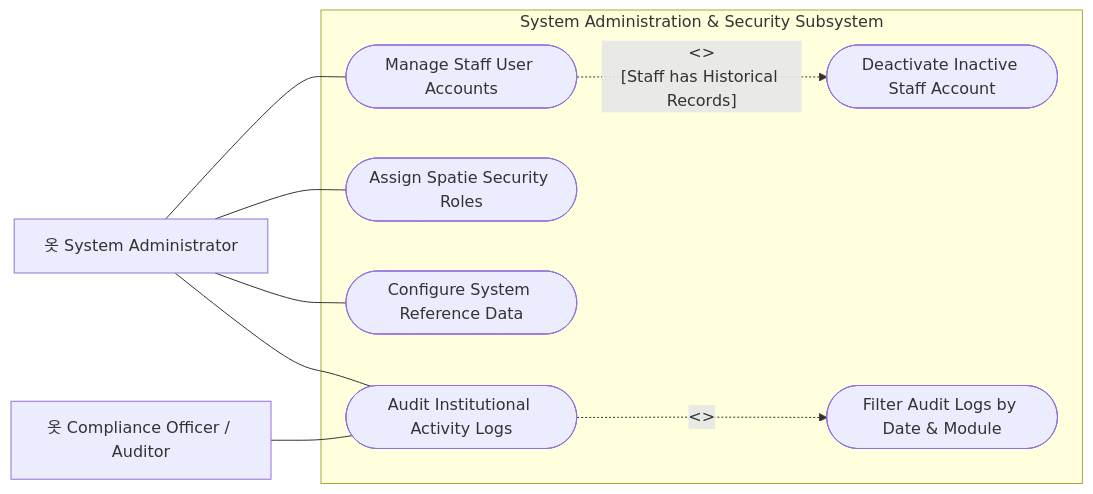
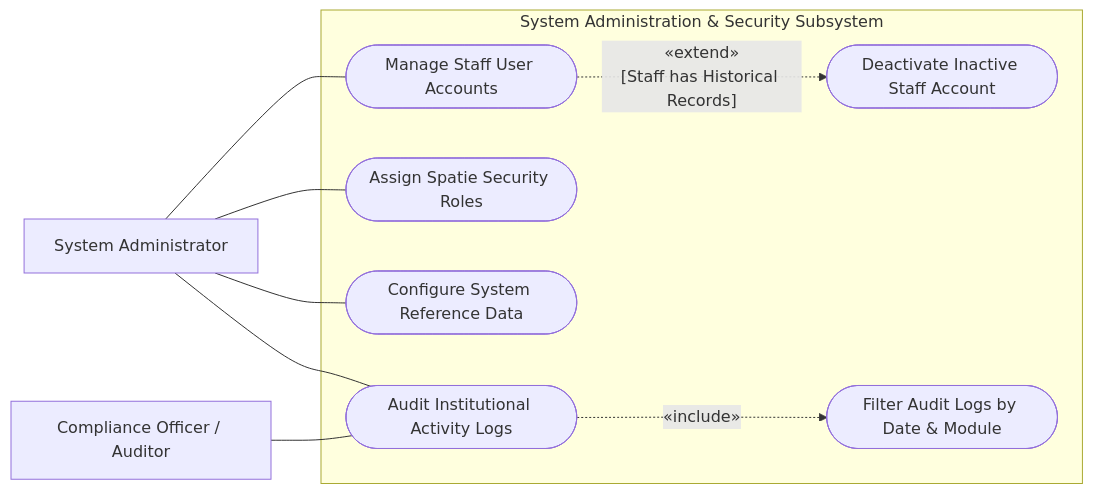
Before and after one commit to kirbygeagonia-create/EnrollmentManagementSystem: diagram 17 of 17 in Documentation/Use-Case-Diagram-Guide.md, drawn with Mermaid. The commit also changed other lines of this file and 51 other files, not shown here.

````diff
--- a/Documentation/Use-Case-Diagram-Guide.md
+++ b/Documentation/Use-Case-Diagram-Guide.md
@@ -782,24 +784,24 @@
 ```mermaid
 flowchart LR
-    A_Sys["옷 System Administrator"]
-    A_Aud["옷 Compliance Officer / Auditor"]
+    A_Sys["System Administrator"]
+    A_Aud["Compliance Officer / Auditor"]
 
     subgraph SYSTEM ["System Administration & Security Subsystem"]
         UC_AD01(["Manage Staff User Accounts"])
         UC_AD02(["Assign Spatie Security Roles"])
         UC_AD03(["Configure System Reference Data"])
         UC_AD04(["Audit Institutional Activity Logs"])
         UC_AD05(["Deactivate Inactive Staff Account"])
         UC_AD06(["Filter Audit Logs by Date & Module"])
     end
 
     A_Sys --- UC_AD01
     A_Sys --- UC_AD02
     A_Sys --- UC_AD03
     A_Sys --- UC_AD04
 
     A_Aud --- UC_AD04
 
-    UC_AD01 -.->|"<<extend>>\n[Staff has Historical Records]"| UC_AD05
-    UC_AD04 -.->|"<<include>>"| UC_AD06
+    UC_AD01 -.->|"«extend»\n[Staff has Historical Records]"| UC_AD05
+    UC_AD04 -.->|"«include»"| UC_AD06
 ```
````
